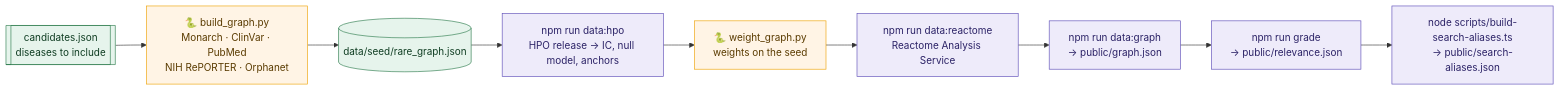
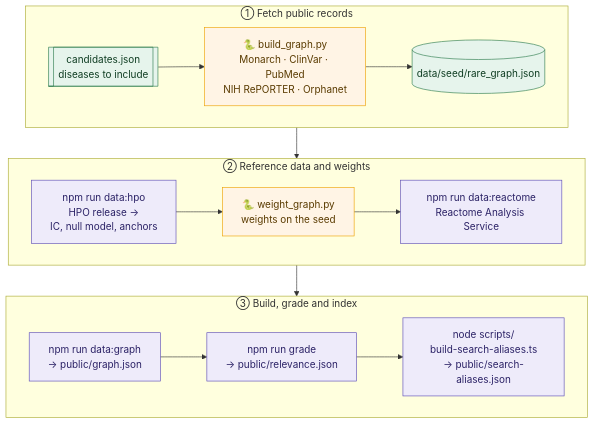
Before and after one commit to vihuynh72/research-os: diagram 11 of 12 in README.md, drawn with Mermaid. The commit also changed other lines of this file and 1 other file, not shown here.

````diff
--- a/README.md
+++ b/README.md
@@ -594,17 +597,22 @@
 ```mermaid
-flowchart LR
-    C[["candidates.json<br/>diseases to include"]] --> BG["🐍 build_graph.py<br/>Monarch · ClinVar · PubMed<br/>NIH RePORTER · Orphanet"]
-    BG --> SEED[("data/seed/rare_graph.json")]
-    SEED --> HPO["npm run data:hpo<br/>HPO release → IC, null model, anchors"]
-    HPO --> WG["🐍 weight_graph.py<br/>weights on the seed"]
-    WG --> REA["npm run data:reactome<br/>Reactome Analysis Service"]
-    REA --> G["npm run data:graph<br/>→ public/graph.json"]
-    G --> GR["npm run grade<br/>→ public/relevance.json"]
-    GR --> AL["node scripts/build-search-aliases.ts<br/>→ public/search-aliases.json"]
+flowchart TB
+    subgraph S1["① Fetch public records"]
+        direction LR
+        C[["candidates.json<br/>diseases to include"]] --> BG["🐍 build_graph.py<br/>Monarch · ClinVar · PubMed<br/>NIH RePORTER · Orphanet"] --> SEED[("data/seed/rare_graph.json")]
+    end
+    subgraph S2["② Reference data and weights"]
+        direction LR
+        HPO["npm run data:hpo<br/>HPO release →<br/>IC, null model, anchors"] --> WG["🐍 weight_graph.py<br/>weights on the seed"] --> REA["npm run data:reactome<br/>Reactome Analysis Service"]
+    end
+    subgraph S3["③ Build, grade and index"]
+        direction LR
+        G["npm run data:graph<br/>→ public/graph.json"] --> GR["npm run grade<br/>→ public/relevance.json"] --> AL["node scripts/<br/>build-search-aliases.ts<br/>→ public/search-aliases.json"]
+    end
+    S1 --> S2 --> S3
     classDef py fill:#FFF4E5,stroke:#EDA100,color:#5A3B00
     classDef ts fill:#EEEBFA,stroke:#5B4BB7,color:#2B2266
     classDef data fill:#E6F4EC,stroke:#2B7A4B,color:#0F3D22
     class BG,WG py
     class HPO,REA,G,GR,AL ts
     class C,SEED data
 ```
````
